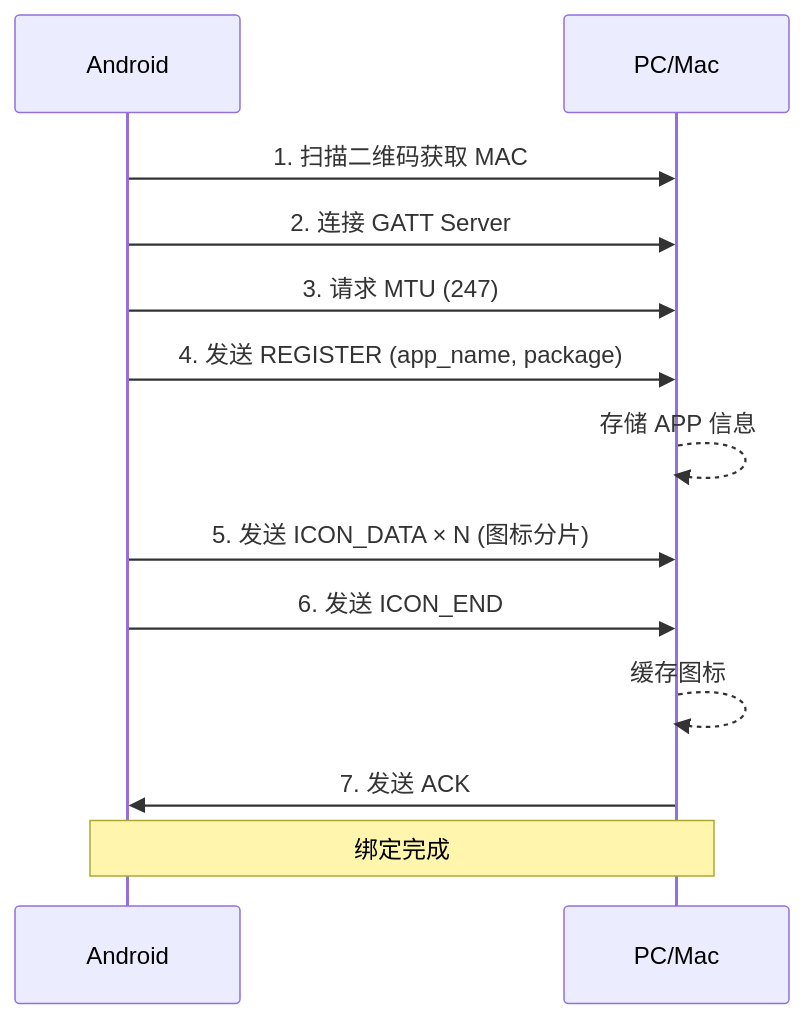
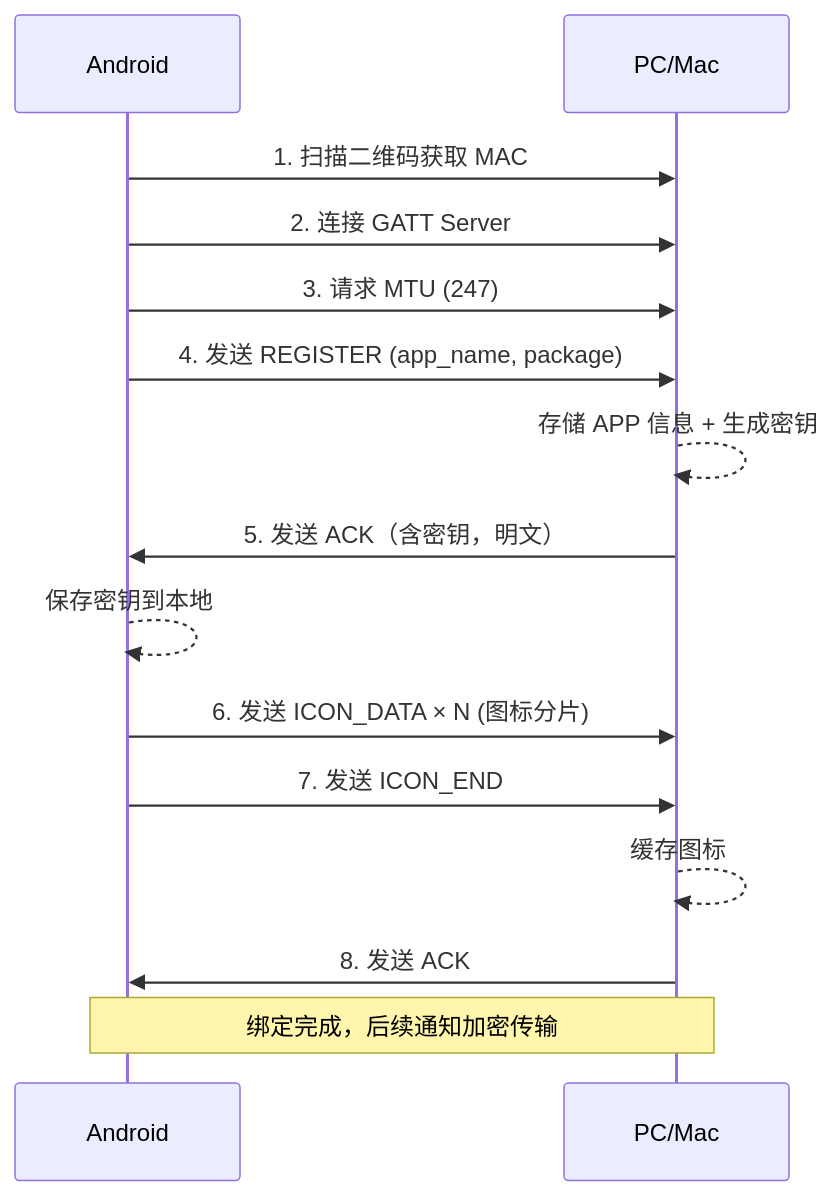
Before and after one commit to BladeFong/BleNotificationSync: the second of 5 diagrams in docs/superpowers/specs/2026-07-10-ble-notification-sync-design.md, drawn with Mermaid. The commit also changed other lines of this file and 4 other files, not shown here.

````diff
--- a/docs/superpowers/specs/2026-07-10-ble-notification-sync-design.md
+++ b/docs/superpowers/specs/2026-07-10-ble-notification-sync-design.md
@@ -148,16 +275,18 @@
 ```mermaid
 sequenceDiagram
     participant A as Android
     participant P as PC/Mac
 
     A->>P: 1. 扫描二维码获取 MAC
     A->>P: 2. 连接 GATT Server
     A->>P: 3. 请求 MTU (247)
     A->>P: 4. 发送 REGISTER (app_name, package)
-    P-->>P: 存储 APP 信息
-    A->>P: 5. 发送 ICON_DATA × N (图标分片)
-    A->>P: 6. 发送 ICON_END
+    P-->>P: 存储 APP 信息 + 生成密钥
+    P->>A: 5. 发送 ACK（含密钥，明文）
+    A-->>A: 保存密钥到本地
+    A->>P: 6. 发送 ICON_DATA × N (图标分片)
+    A->>P: 7. 发送 ICON_END
     P-->>P: 缓存图标
-    P->>A: 7. 发送 ACK
-    Note over A,P: 绑定完成
+    P->>A: 8. 发送 ACK
+    Note over A,P: 绑定完成，后续通知加密传输
 ```
````
